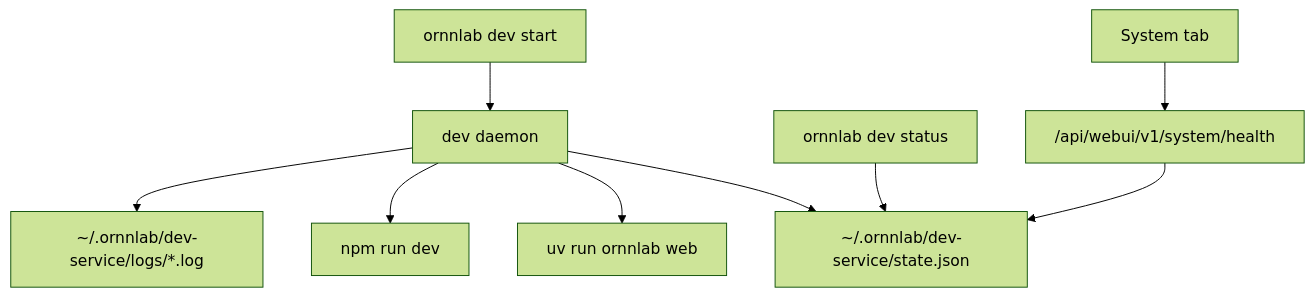
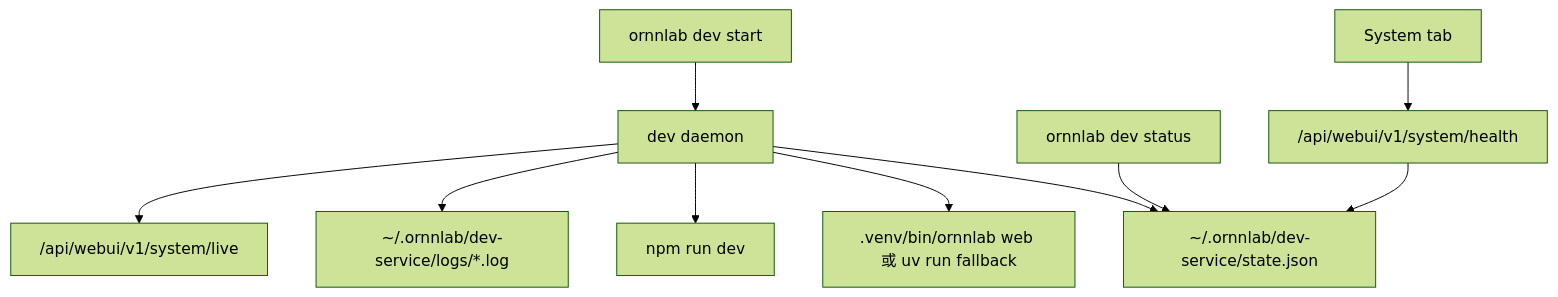
Before and after one commit to ceasarXuu/HarnessLab: the diagram in docs/releases/v1.0.5/dev-daemon/engineering-design.md, drawn with Mermaid (forest theme). The commit also changed other lines of this file and 20 other files, not shown here.

````diff
--- a/docs/releases/v1.0.5/dev-daemon/engineering-design.md
+++ b/docs/releases/v1.0.5/dev-daemon/engineering-design.md
@@ -87,11 +88,12 @@
 ```mermaid
 flowchart TD
   Start["ornnlab dev start"] --> Daemon["dev daemon"]
-  Daemon --> Backend["uv run ornnlab web"]
+  Daemon --> Backend[".venv/bin/ornnlab web 或 uv run fallback"]
   Daemon --> Frontend["npm run dev"]
   Daemon --> State["~/.ornnlab/dev-service/state.json"]
   Daemon --> Logs["~/.ornnlab/dev-service/logs/*.log"]
   Status["ornnlab dev status"] --> State
   SystemAPI["/api/webui/v1/system/health"] --> State
+  Daemon --> LiveAPI["/api/webui/v1/system/live"]
   SystemPage["System tab"] --> SystemAPI
 ```
````
